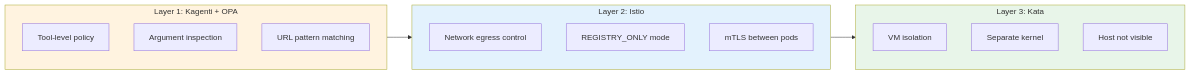
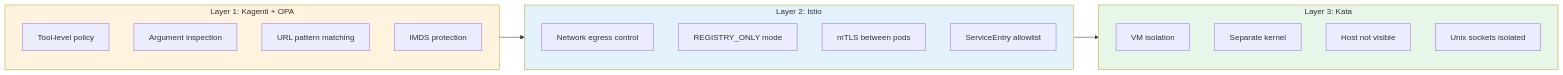
One commit to rrbanda/agent-sandbox-ocp changed the third of 3 diagrams in docs/architecture.md. Above: the diagram before and after it, drawn with Mermaid. The commit also changed other lines of this file and 1 other file, not shown here.

First line of the commit message:
Update sequence diagrams to show complete Kagenti flow

````diff
--- a/docs/architecture.md
+++ b/docs/architecture.md
@@ -96,29 +109,32 @@
 ```mermaid
 flowchart LR
     subgraph Layer1["Layer 1: Kagenti + OPA"]
         direction TB
         L1A["Tool-level policy"]
         L1B["Argument inspection"]
         L1C["URL pattern matching"]
+        L1D["IMDS protection"]
     end
 
     subgraph Layer2["Layer 2: Istio"]
         direction TB
         L2A["Network egress control"]
         L2B["REGISTRY_ONLY mode"]
         L2C["mTLS between pods"]
+        L2D["ServiceEntry allowlist"]
     end
 
     subgraph Layer3["Layer 3: Kata"]
         direction TB
         L3A["VM isolation"]
         L3B["Separate kernel"]
         L3C["Host not visible"]
+        L3D["Unix sockets isolated"]
     end
 
     Layer1 --> Layer2 --> Layer3
 
     style Layer1 fill:#fff3e0
     style Layer2 fill:#e3f2fd
     style Layer3 fill:#e8f5e9
 ```
````
